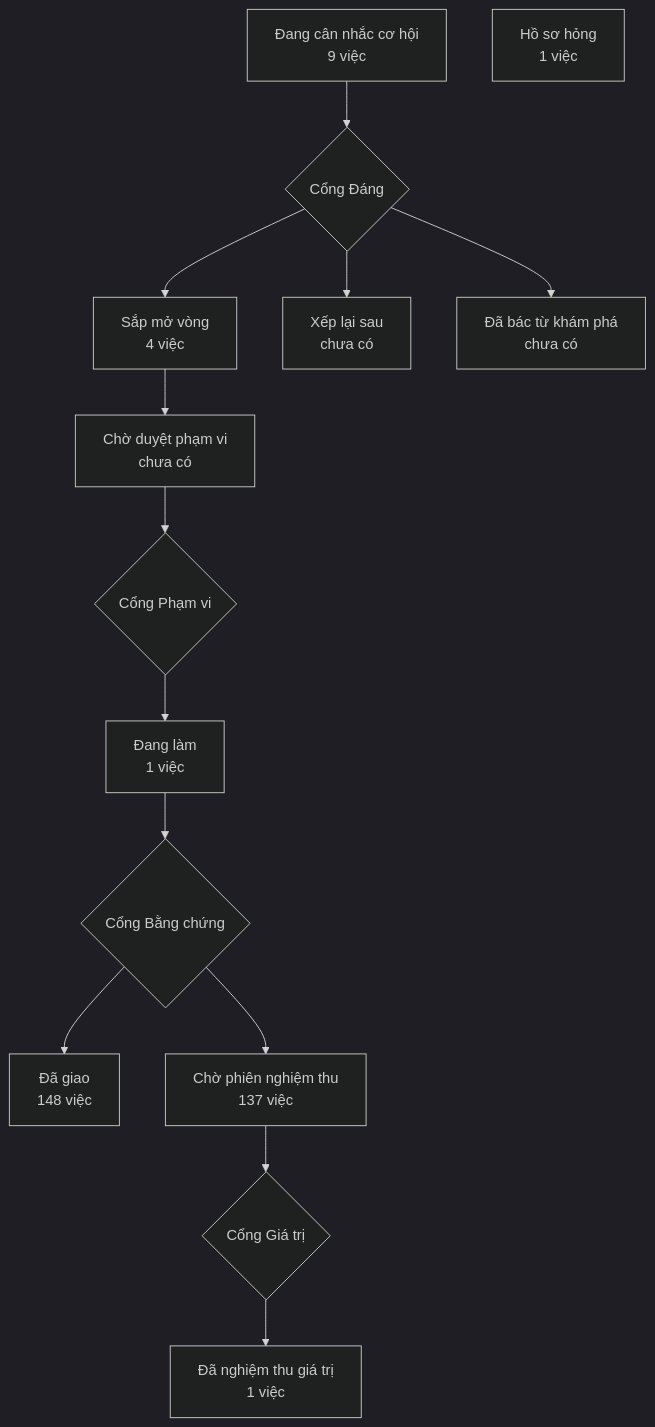
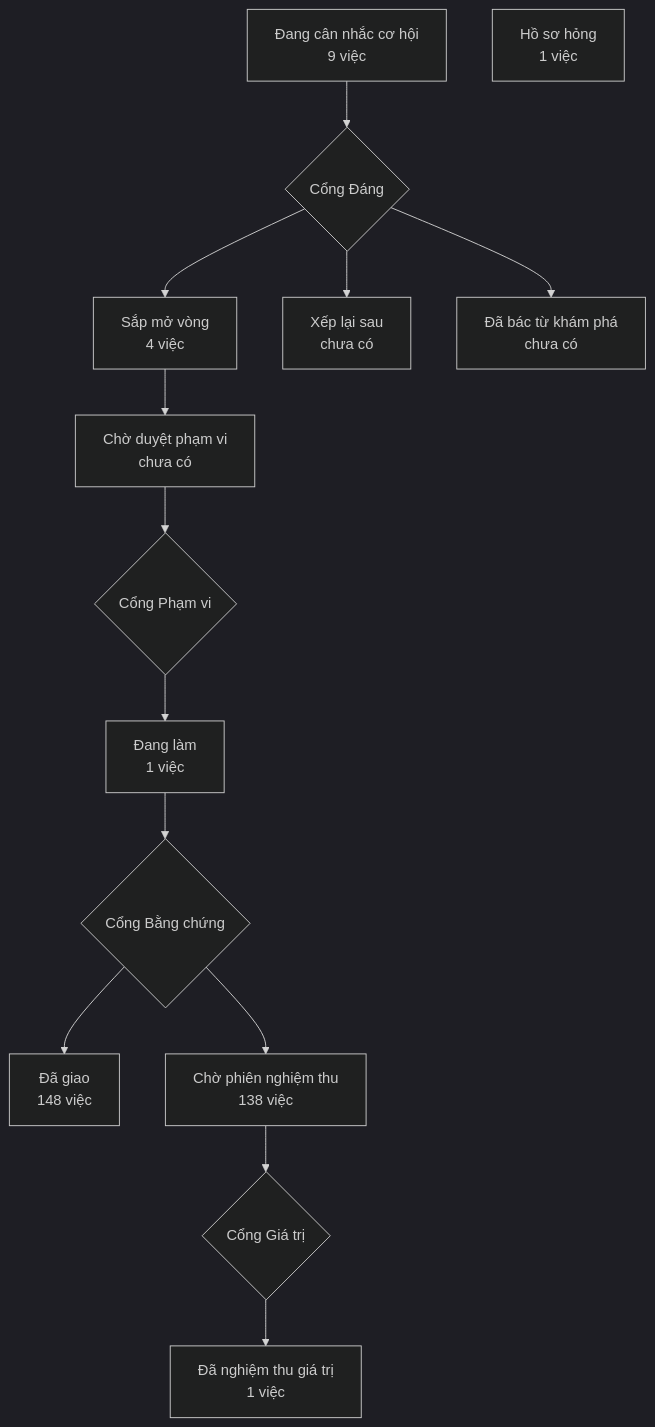
The diagram in PRODUCT-MAP.md (phanlemanh/crm-onehub), drawn with Mermaid (dark theme) before and after one commit. The commit also changed 1 other file, not shown here.

Commit message:
chore(cho-tac-nhan-lau): vẽ lại bản đồ sản phẩm sau gộp onehub f6b0cb479

````diff
--- a/PRODUCT-MAP.md
+++ b/PRODUCT-MAP.md
@@ -7,13 +7,13 @@
 ```mermaid
 flowchart TD
   A["Đang cân nhắc cơ hội<br/>9 việc"] --> GD{"Cổng Đáng"}
   GD --> B["Sắp mở vòng<br/>4 việc"]
   GD --> XL["Xếp lại sau<br/>chưa có"]
   GD --> DB["Đã bác từ khám phá<br/>chưa có"]
   B --> CD["Chờ duyệt phạm vi<br/>chưa có"] --> GP{"Cổng Phạm vi"}
   GP --> DL["Đang làm<br/>1 việc"] --> GB{"Cổng Bằng chứng"}
   GB --> DG["Đã giao<br/>148 việc"]
-  GB --> CN["Chờ phiên nghiệm thu<br/>137 việc"] --> GG{"Cổng Giá trị"}
+  GB --> CN["Chờ phiên nghiệm thu<br/>138 việc"] --> GG{"Cổng Giá trị"}
   GG --> NT["Đã nghiệm thu giá trị<br/>1 việc"]
   HS["Hồ sơ hỏng<br/>1 việc"]
 ```
````
